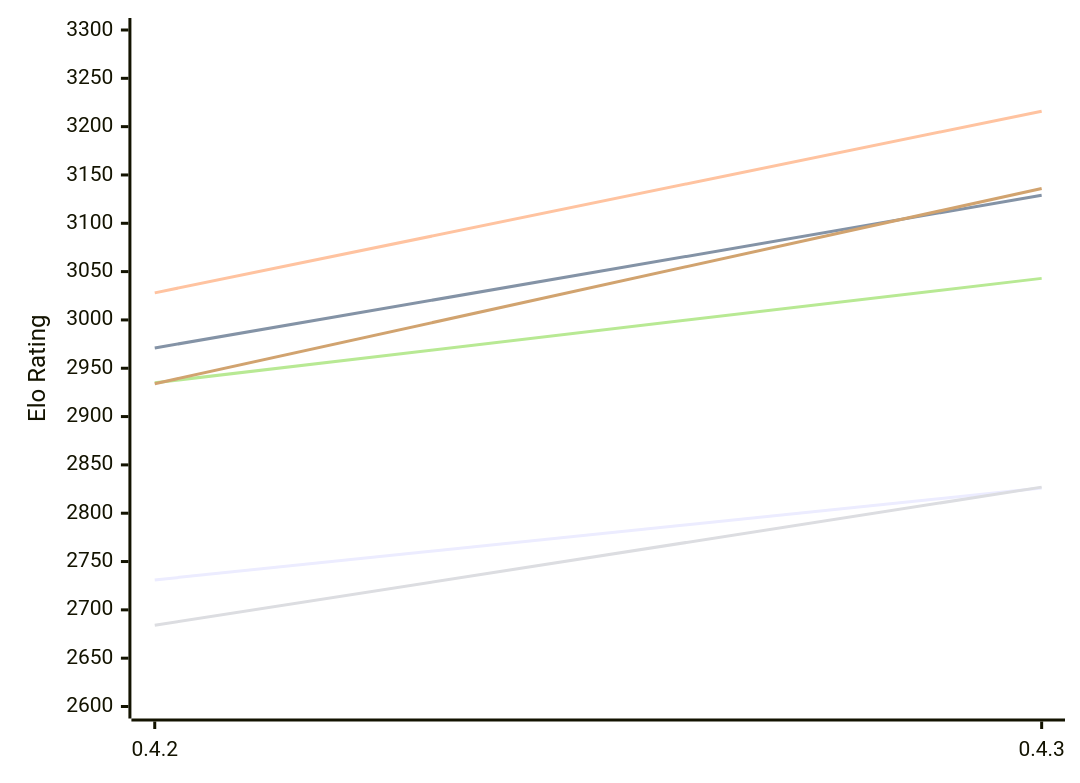
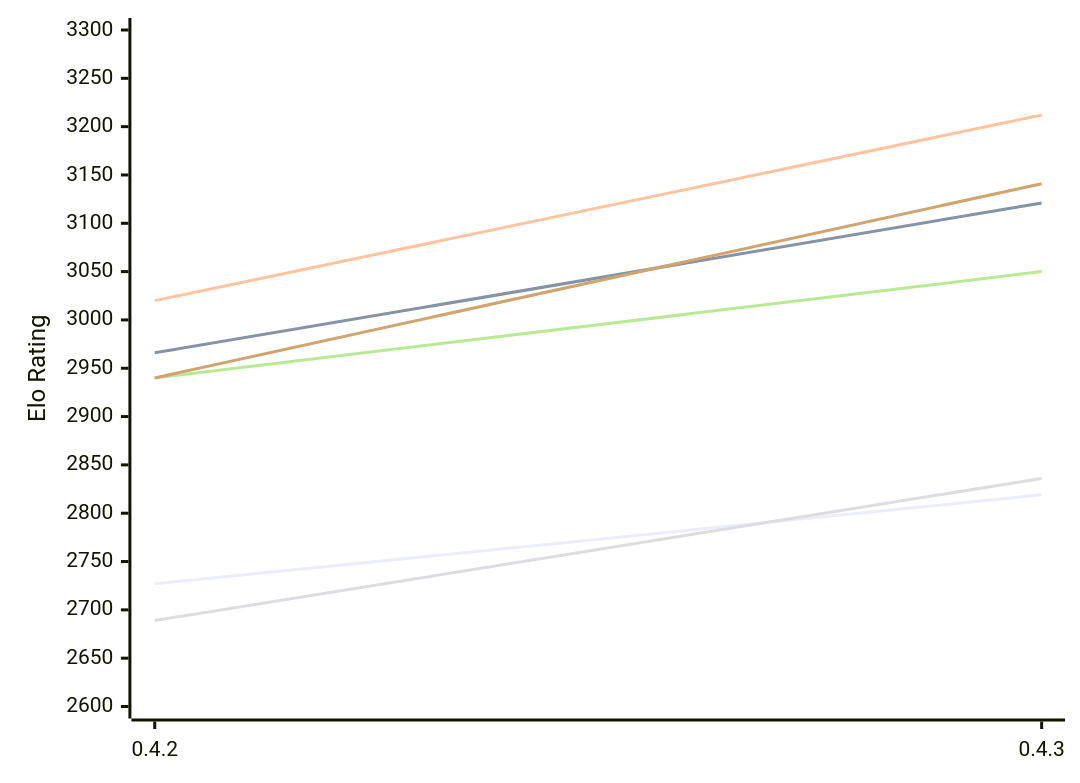
Before and after one commit to computer-chess-index/cci: the first of 2 diagrams in engines/Dual.md, drawn with Mermaid. The commit also changed other lines of this file, not shown here.

Commit message:
Update CCI Ratings (ELO VLTC) - 2026-11-18

````diff
--- a/engines/Dual.md
+++ b/engines/Dual.md
@@ -56,12 +56,12 @@
 ```mermaid
 %%{init: {"theme":"base","themeVariables":{"seriesColors:['#a3a3a3','#222221','#faa371']}}}%%
 xychart-beta
   x-axis ["0.4.2", "0.4.3"]
   y-axis "Elo Rating" 2600 --> 3300
-  line "E1: STC (8.0+0.08s)" [2731, 2826]
-  line "E1: LTC (60.0+0.60s)" [2971, 3129]
-  line "E1: VLTC (2m24s+1.12s)" [3028, 3216]
-  line "P1: STC (8.0+0.08s)" [2684, 2827]
-  line "P1: LTC (60.0+0.60s)" [2935, 3043]
-  line "P1: VLTC (2m24s+1.12s)" [2934, 3136]
+  line "E1: STC (8.0+0.08s)" [2727, 2819]
+  line "E1: LTC (60.0+0.60s)" [2966, 3121]
+  line "E1: VLTC (2m24s+1.12s)" [3020, 3212]
+  line "P1: STC (8.0+0.08s)" [2689, 2836]
+  line "P1: LTC (60.0+0.60s)" [2940, 3050]
+  line "P1: VLTC (2m24s+1.12s)" [2940, 3141]
 ```
````
